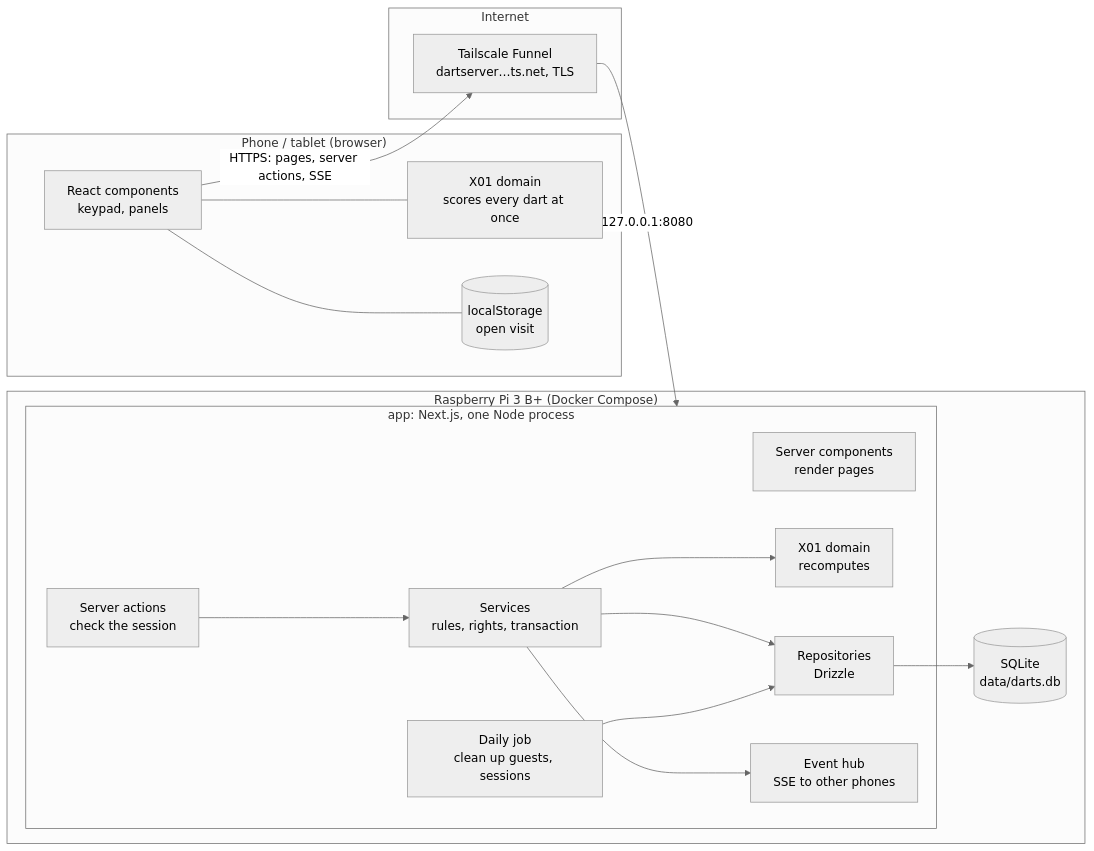
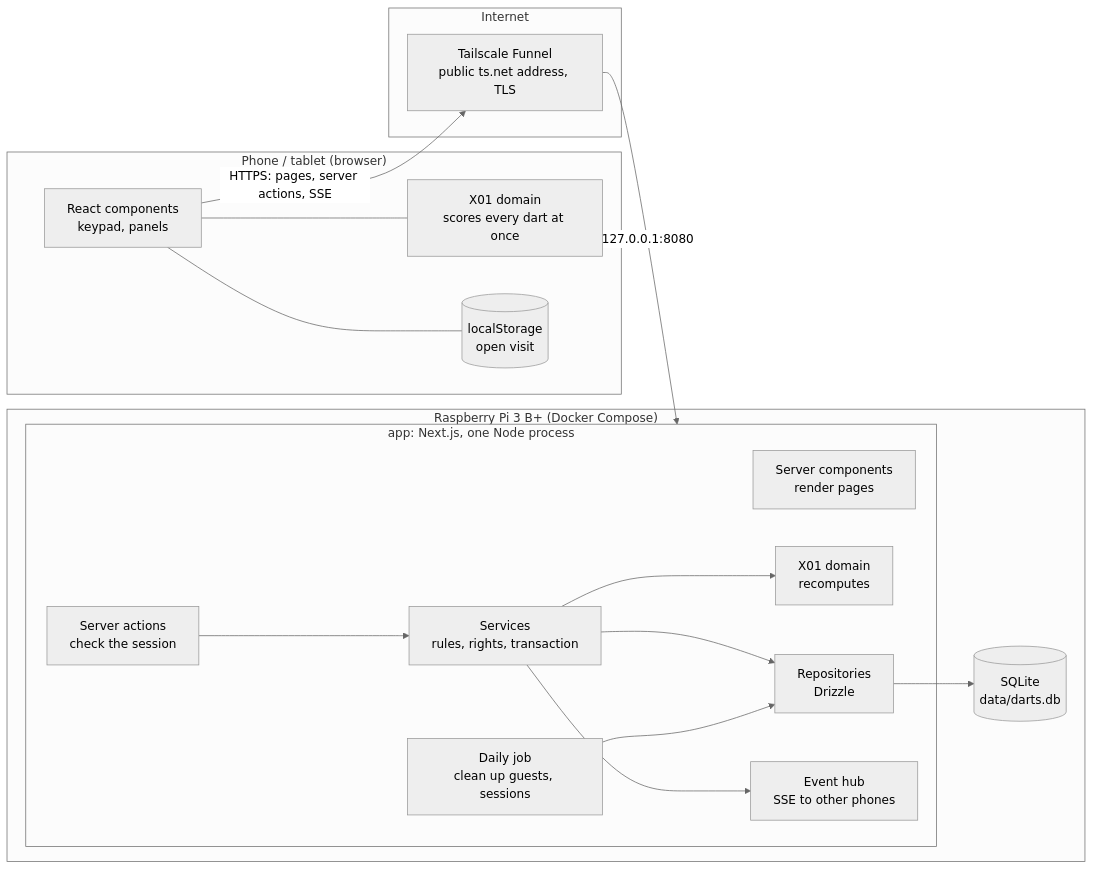
One commit to lucablechschmidt/dartClientServer changed the first of 4 diagrams in README.md. Above: the diagram before and after it, drawn with Mermaid (neutral theme). The commit also changed other lines of this file and 12 other files, not shown here.

````diff
--- a/README.md
+++ b/README.md
@@ -197,30 +219,30 @@
 ```mermaid
 flowchart LR
   subgraph Phone["Phone / tablet (browser)"]
     UI["React components<br/>keypad, panels"]
     Dom1["X01 domain<br/>scores every dart at once"]
     LS[("localStorage<br/>open visit")]
     UI --- Dom1
     UI --- LS
   end
   subgraph Internet
-    TS["Tailscale Funnel<br/>dartserver…ts.net, TLS"]
+    TS["Tailscale Funnel<br/>public ts.net address, TLS"]
   end
   subgraph Pi["Raspberry Pi 3 B+ (Docker Compose)"]
     subgraph App["app: Next.js, one Node process"]
       Pages["Server components<br/>render pages"]
       Actions["Server actions<br/>check the session"]
       Svc["Services<br/>rules, rights, transaction"]
       Dom2["X01 domain<br/>recomputes"]
       Repo["Repositories<br/>Drizzle"]
       Hub["Event hub<br/>SSE to other phones"]
       Timer["Daily job<br/>clean up guests, sessions"]
     end
     DB[("SQLite<br/>data/darts.db")]
   end
   UI -- "HTTPS: pages, server actions, SSE" --> TS -- "127.0.0.1:8080" --> App
   Actions --> Svc --> Dom2
   Svc --> Repo --> DB
   Svc --> Hub
   Timer --> Repo
 ```
````
